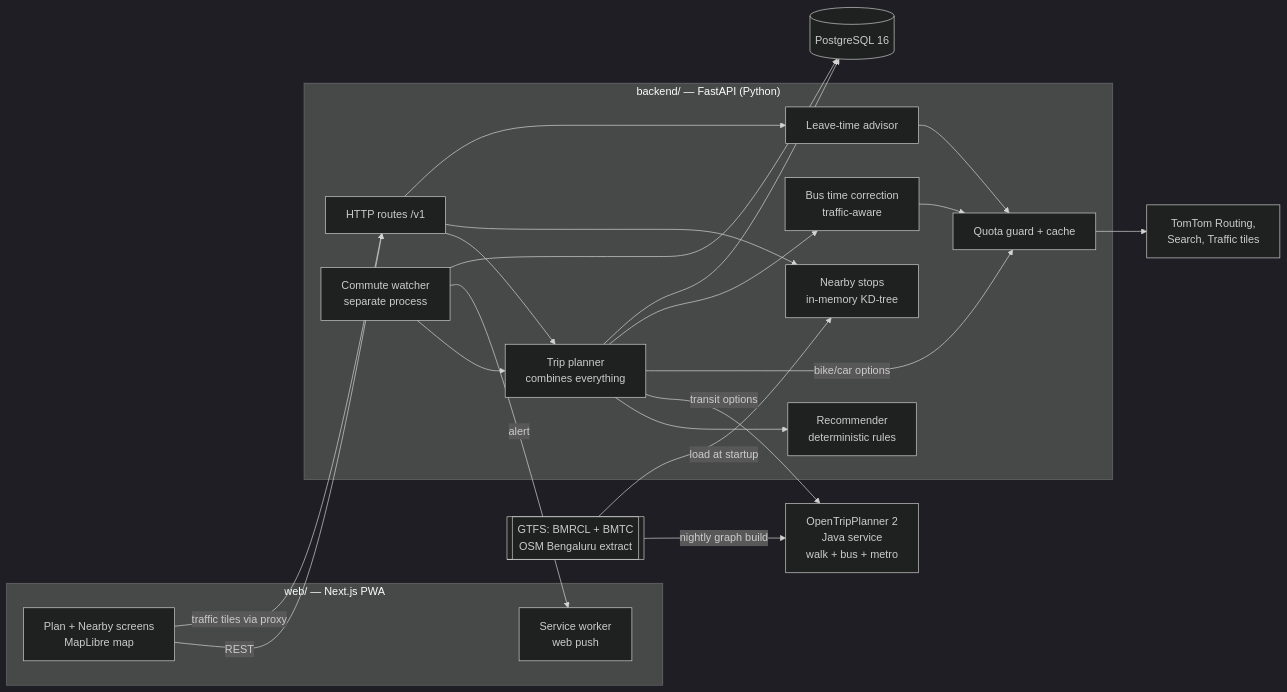
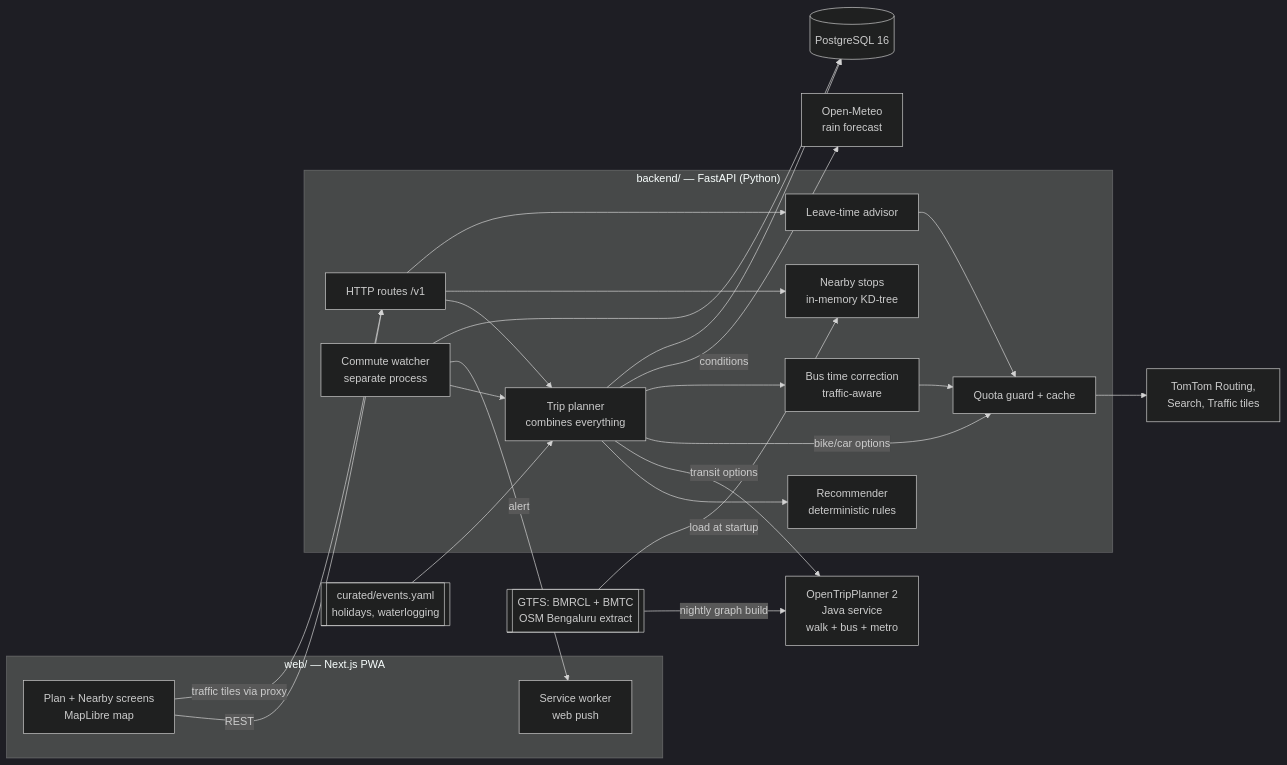
The diagram in docs/ARCHITECTURE.md (realme72/sari-daari), drawn with Mermaid (dark theme) before and after one commit. The commit also changed other lines of this file, not shown here.

First line of the commit message:
Architecture: folder structure, weather and festival/event conditions

````diff
--- a/docs/ARCHITECTURE.md
+++ b/docs/ARCHITECTURE.md
@@ -49,39 +50,43 @@
 ```mermaid
 flowchart LR
   subgraph Client["web/ — Next.js PWA"]
     UI[Plan + Nearby screens<br/>MapLibre map]
     SW[Service worker<br/>web push]
   end
 
   subgraph API["backend/ — FastAPI (Python)"]
     R[HTTP routes /v1]
     PL[Trip planner<br/>combines everything]
     BUS[Bus time correction<br/>traffic-aware]
     NB[Nearby stops<br/>in-memory KD-tree]
     REC[Recommender<br/>deterministic rules]
     LT[Leave-time advisor]
     QG[Quota guard + cache]
     W[Commute watcher<br/>separate process]
   end
 
   OTP[OpenTripPlanner 2<br/>Java service<br/>walk + bus + metro]
   TT[TomTom Routing,<br/>Search, Traffic tiles]
+  WX[Open-Meteo<br/>rain forecast]
+  CUR[[curated/events.yaml<br/>holidays, waterlogging]]
   DB[(PostgreSQL 16)]
   FEEDS[[GTFS: BMRCL + BMTC<br/>OSM Bengaluru extract]]
 
   UI -->|REST| R
   R --> PL --> REC
   R --> NB
   R --> LT
   PL -->|transit options| OTP
   PL -->|bike/car options| QG --> TT
   PL --> BUS --> QG
+  PL -->|conditions| WX
+  CUR --> PL
   LT --> QG
   W --> PL
   W -->|alert| SW
   FEEDS -->|nightly graph build| OTP
   FEEDS -->|load at startup| NB
   PL --> DB
   W --> DB
   UI -->|traffic tiles via proxy| R
 ```
````
